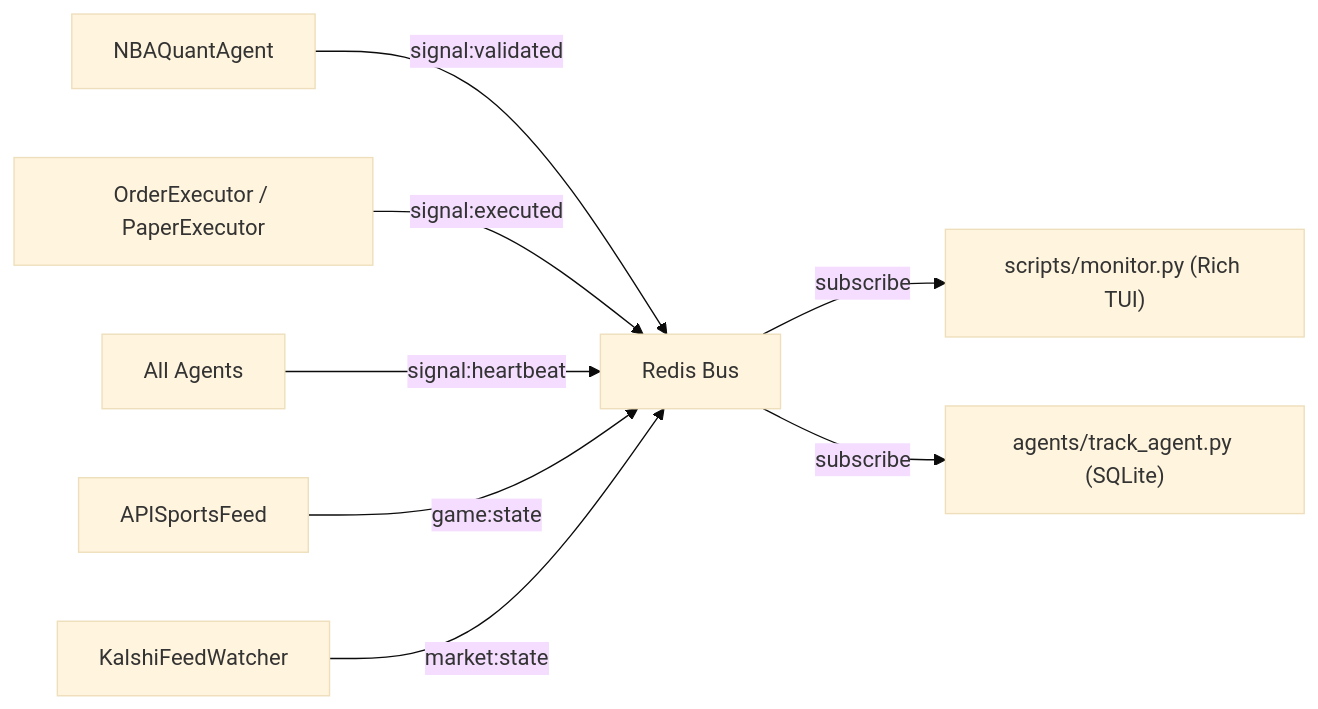
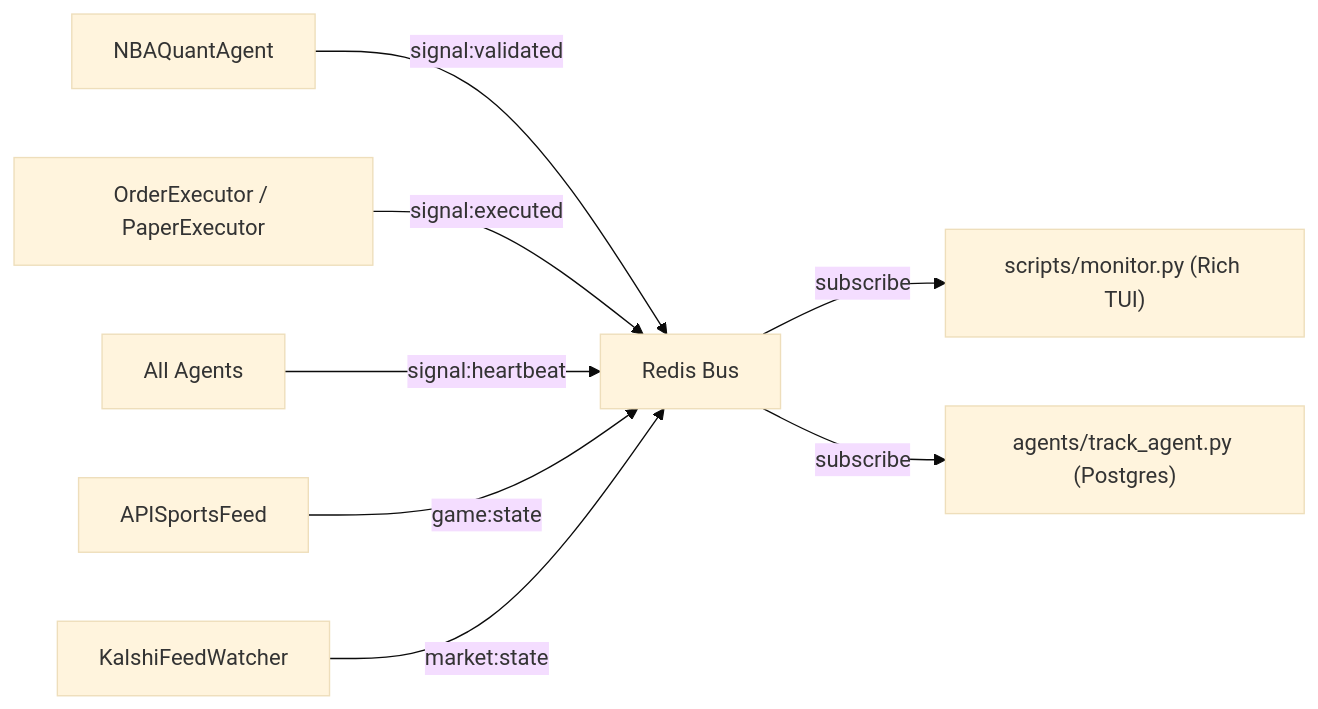
One commit to shreyasshivashankar/argus changed the diagram in docs/MONITORING.md. Above: the diagram before and after it, drawn with Mermaid (base theme). The commit also changed other lines of this file and 10 other files, not shown here.

First line of the commit message:
feat: migrate trade storage from SQLite to Postgres

````diff
--- a/docs/MONITORING.md
+++ b/docs/MONITORING.md
@@ -7,11 +7,11 @@
 ```mermaid
 flowchart LR
     QuantAgent["NBAQuantAgent"] -->|"signal:validated"| Redis["Redis Bus"]
     Executor["OrderExecutor / PaperExecutor"] -->|"signal:executed"| Redis
     BaseAgent["All Agents"] -->|"signal:heartbeat"| Redis
     SportsFeed["APISportsFeed"] -->|"game:state"| Redis
     KalshiFeed["KalshiFeedWatcher"] -->|"market:state"| Redis
 
     Redis -->|subscribe| Monitor["scripts/monitor.py (Rich TUI)"]
-    Redis -->|subscribe| Tracker["agents/track_agent.py (SQLite)"]
+    Redis -->|subscribe| Tracker["agents/track_agent.py (Postgres)"]
 ```
````
